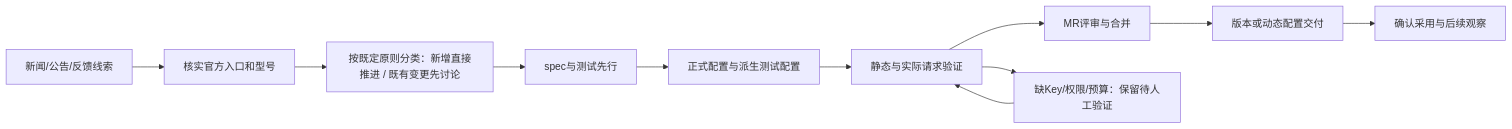
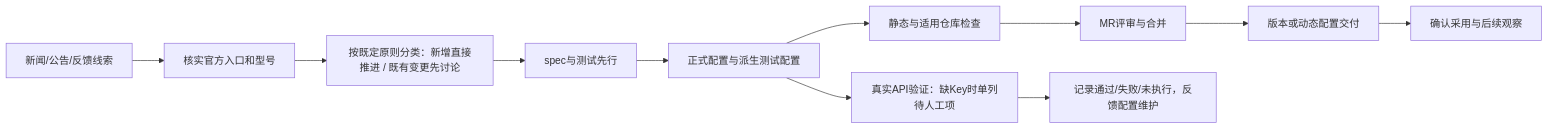
The diagram in docs/builtin-provider-maintenance/workflow.md (yuanbaobaoo/zcode-ohos), drawn with Mermaid before and after one commit. The commit also changed other lines of this file and 5447 other files, not shown here.

````diff
--- a/docs/builtin-provider-maintenance/workflow.md
+++ b/docs/builtin-provider-maintenance/workflow.md
@@ -7,13 +7,13 @@
 ```mermaid
 flowchart LR
     A[新闻/公告/反馈线索] --> B[核实官方入口和型号]
     B --> C[按既定原则分类：新增直接推进 / 既有变更先讨论]
     C --> D[spec与测试先行]
     D --> E[正式配置与派生测试配置]
-    E --> F[静态与实际请求验证]
+    E --> F[静态与适用仓库检查]
     F --> G[MR评审与合并]
     G --> H[版本或动态配置交付]
     H --> I[确认采用与后续观察]
-    F --> J[缺Key/权限/预算：保留待人工验证]
-    J --> F
+    E --> J[真实API验证：缺Key时单列待人工项]
+    J --> K[记录通过/失败/未执行，反馈配置维护]
 ```
````
